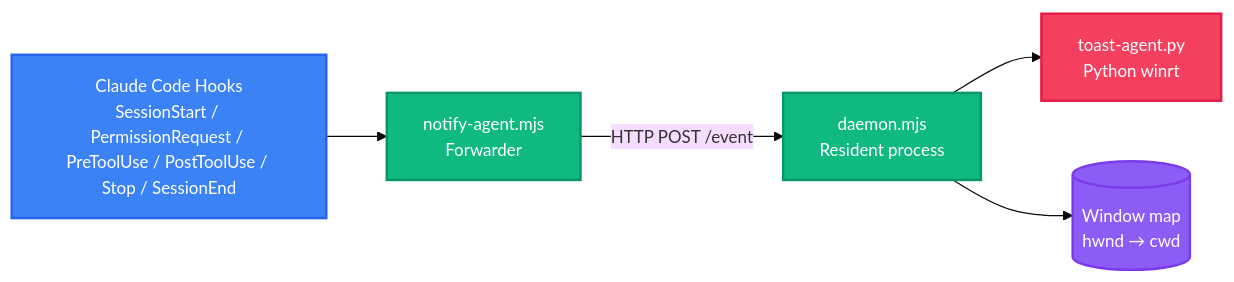
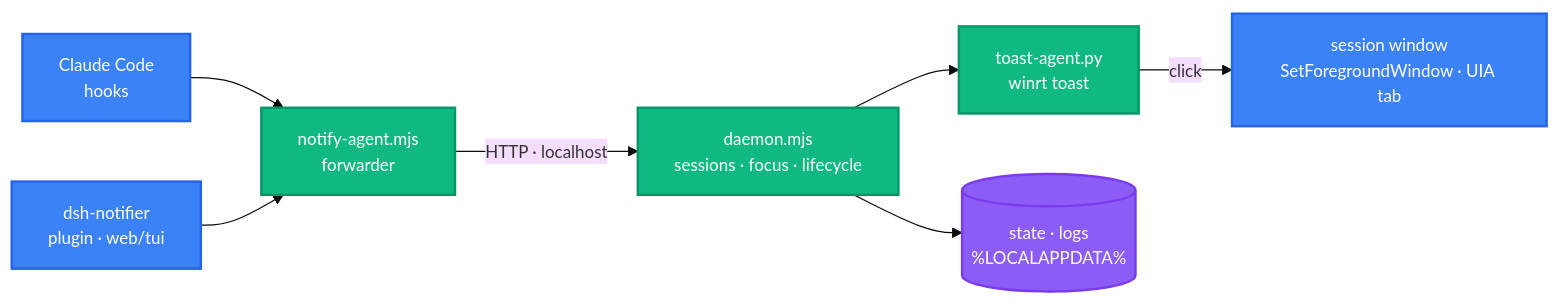
Before and after one commit to baobaolaodie/cc-dsh-notifier: the diagram in README.md, drawn with Mermaid. The commit also changed other lines of this file and 10 other files, not shown here.

````diff
--- a/README.md
+++ b/README.md
@@ -105,18 +117,18 @@
 ```mermaid
 %%{init: {'theme': 'base', 'themeVariables': {'fontSize': '14px'}}}%%
-graph LR
-    A[Claude Code Hooks<br/>SessionStart / PermissionRequest / PreToolUse / PostToolUse / Stop / SessionEnd] --> B[notify-agent.mjs<br/>Forwarder]
-    B -->|HTTP POST /event| C[daemon.mjs<br/>Resident process]
-    C --> D[toast-agent.py<br/>Python winrt]
-    C --> E[(Window map<br/>hwnd → cwd)]
+flowchart LR
+    CC["Claude Code<br/>hooks"] --> NA["notify-agent.mjs<br/>forwarder"]
+    DSH["dsh-notifier<br/>plugin · web/tui"] --> NA
+    NA -->|"HTTP · localhost"| DM["daemon.mjs<br/>sessions · focus · lifecycle"]
+    DM --> TA["toast-agent.py<br/>winrt toast"]
+    TA -->|"click"| WIN["session window<br/>SetForegroundWindow · UIA tab"]
+    DM --> ST[("state · logs<br/>%LOCALAPPDATA%")]
 
     classDef client fill:#3B82F6,stroke:#2563EB,color:#fff,stroke-width:2px
     classDef service fill:#10B981,stroke:#059669,color:#fff,stroke-width:2px
-    classDef external fill:#F43F5E,stroke:#E11D48,color:#fff,stroke-width:2px
     classDef data fill:#8B5CF6,stroke:#7C3AED,color:#fff,stroke-width:2px
 
-    class A client
-    class B,C service
-    class D external
-    class E data
+    class CC,DSH,WIN client
+    class NA,DM,TA service
+    class ST data
 ```
````
